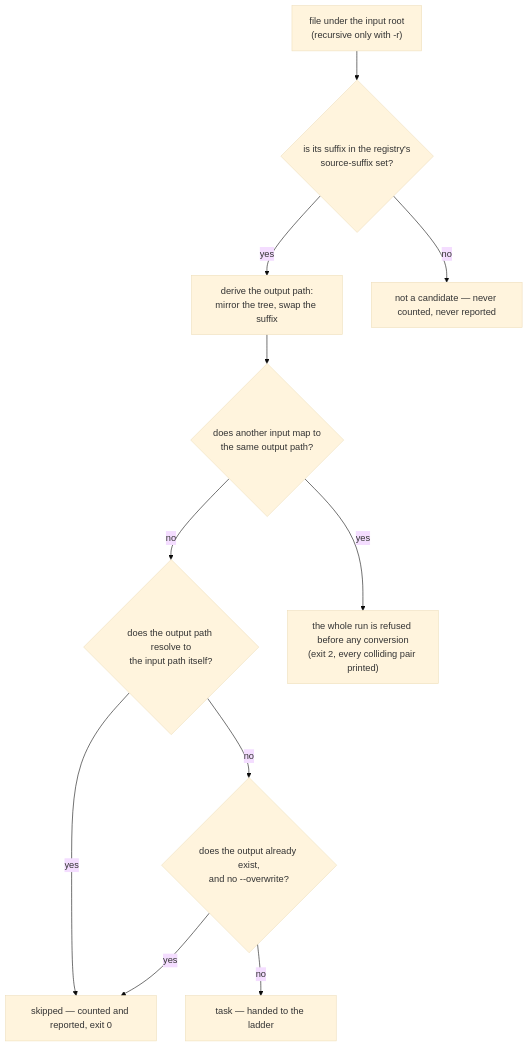
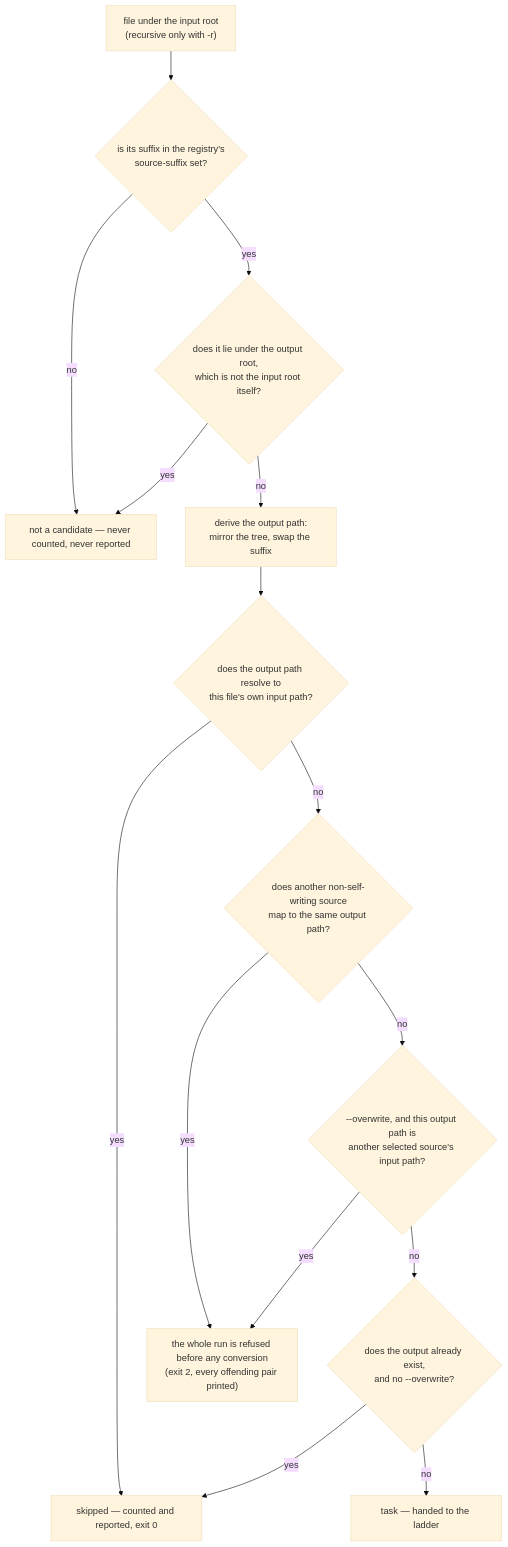
Before and after one commit to bhemsen/converter: the diagram in docs/design/source-selection.md, drawn with Mermaid (base theme). The commit also changed other lines of this file and 2 other files, not shown here.

First line of the commit message:
docs(spec): keep the in-place re-run idempotent, and stop the output tree feeding itself

````diff
--- a/docs/design/source-selection.md
+++ b/docs/design/source-selection.md
@@ -18,24 +18,30 @@
 ```mermaid
 flowchart TD
     F["file under the input root<br/>(recursive only with -r)"]
     MEDIA{"is its suffix in the registry's<br/>source-suffix set?"}
+    OWN{"does it lie under the output root,<br/>which is not the input root itself?"}
     OUT["derive the output path:<br/>mirror the tree, swap the suffix"]
-    SELF{"does the output path resolve to<br/>the input path itself?"}
-    COLL{"does another input map to<br/>the same output path?"}
+    SELF{"does the output path resolve to<br/>this file's own input path?"}
+    COLL{"does another non-self-writing source<br/>map to the same output path?"}
+    HAZ{"--overwrite, and this output path is<br/>another selected source's input path?"}
     EXISTS{"does the output already exist,<br/>and no --overwrite?"}
     TASK["task — handed to the ladder"]
     SKIP["skipped — counted and reported, exit 0"]
     NOTCAND["not a candidate — never counted, never reported"]
-    REFUSE["the whole run is refused before any conversion<br/>(exit 2, every colliding pair printed)"]
+    REFUSE["the whole run is refused before any conversion<br/>(exit 2, every offending pair printed)"]
 
     F --> MEDIA
     MEDIA -->|"no"| NOTCAND
-    MEDIA -->|"yes"| OUT
-    OUT --> COLL
+    MEDIA -->|"yes"| OWN
+    OWN -->|"yes"| NOTCAND
+    OWN -->|"no"| OUT
+    OUT --> SELF
+    SELF -->|"yes"| SKIP
+    SELF -->|"no"| COLL
     COLL -->|"yes"| REFUSE
-    COLL -->|"no"| SELF
-    SELF -->|"yes"| SKIP
-    SELF -->|"no"| EXISTS
+    COLL -->|"no"| HAZ
+    HAZ -->|"yes"| REFUSE
+    HAZ -->|"no"| EXISTS
     EXISTS -->|"yes"| SKIP
     EXISTS -->|"no"| TASK
 ```
````
